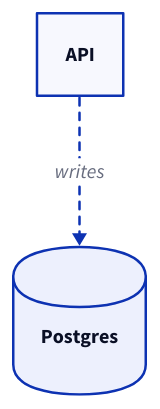
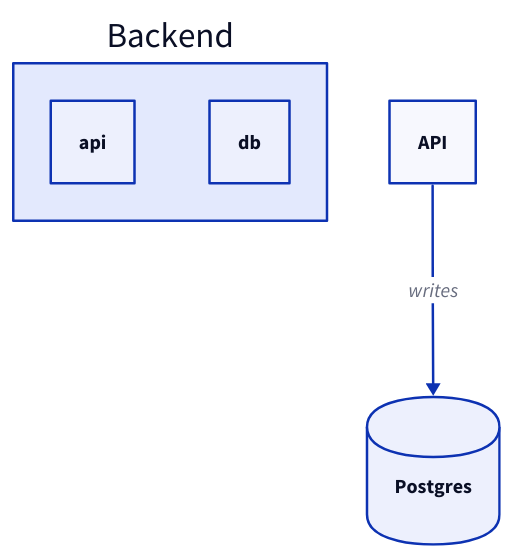
The diagram in README.md (theodo-group/epure), drawn with D2 before and after one commit. The commit also changed other lines of this file and 4 other files, not shown here.

First line of the commit message:
feat(cc): epure-diagram skill + accurate docs + schema drift-guard (Phase 3)

````diff
--- a/README.md
+++ b/README.md
@@ -22,6 +21,12 @@
 ```d2
-# system.epr.d2
+# system.epr.d2  — topology
 api: API { shape: rectangle }
 db: Postgres { shape: cylinder }
-api -> db: "writes" { style.stroke-dash: 3 }
+api -> db: "writes"
+
+# groups list member ids (no `shape:`):
+Backend: "Backend" {
+  api
+  db
+}
 ```
````
